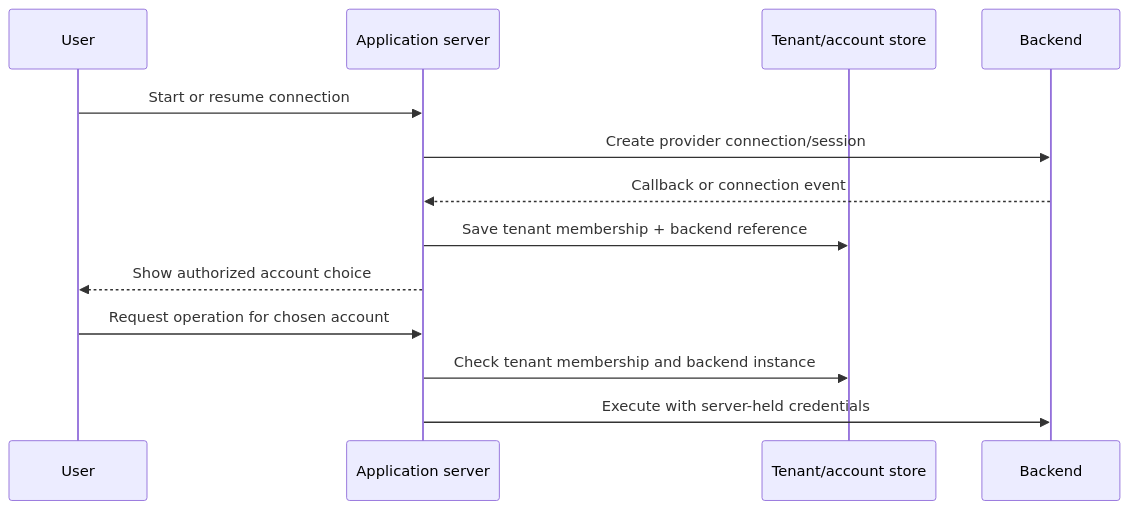
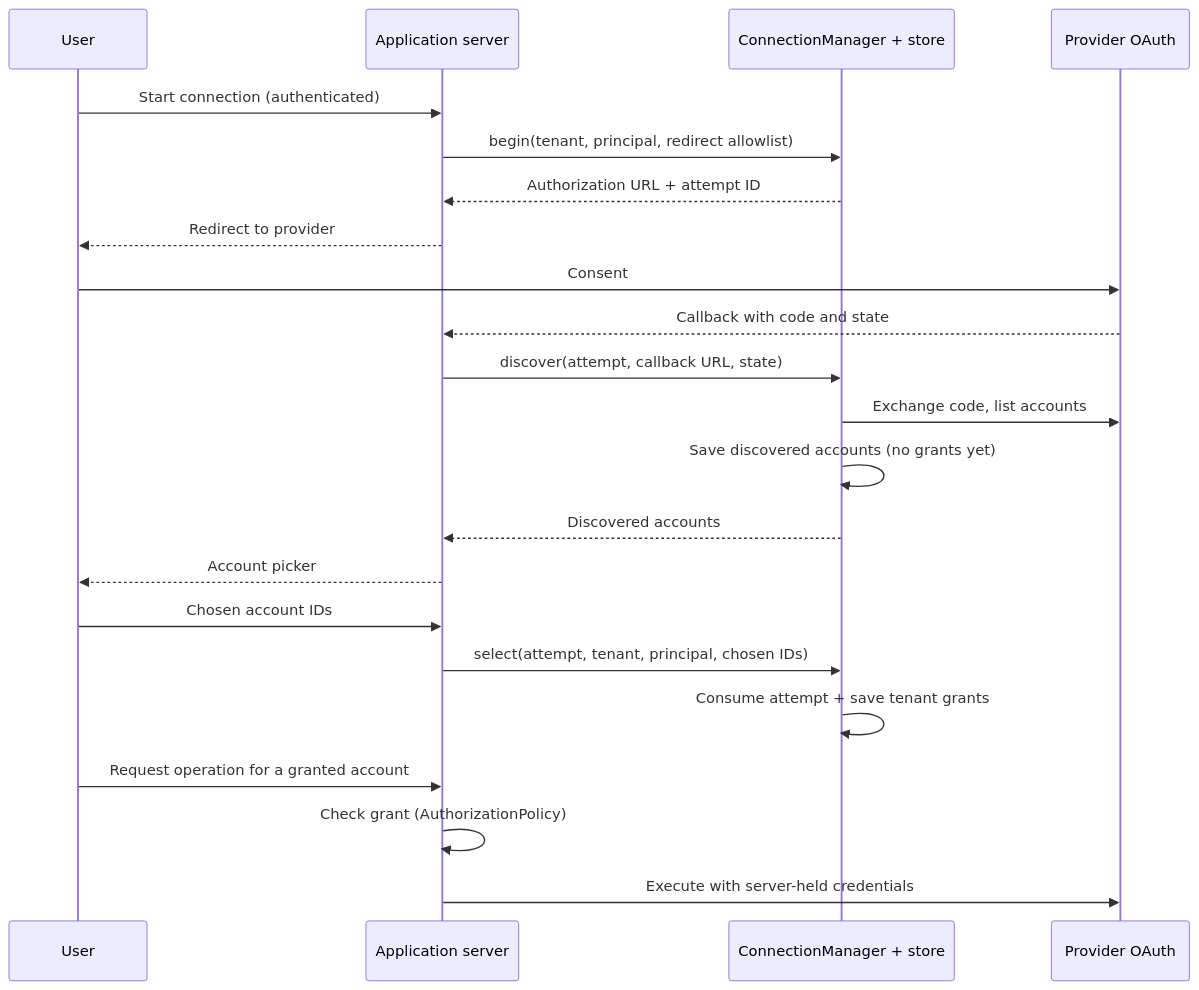
Before and after one commit to opencoredev/social-sdk: the second of 4 diagrams in apps/docs/docs/concepts/architecture.mdx, drawn with Mermaid. The commit also changed other lines of this file and 33 other files, not shown here.

First line of the commit message:
docs(core-docs): clarify authorization, outcomes, and provider contracts

````diff
--- a/apps/docs/docs/concepts/architecture.mdx
+++ b/apps/docs/docs/concepts/architecture.mdx
@@ -37,15 +37,24 @@
 ```mermaid
 sequenceDiagram
   participant User
   participant App as Application server
-  participant Store as Tenant/account store
-  participant Backend
-  User->>App: Start or resume connection
-  App->>Backend: Create provider connection/session
-  Backend-->>App: Callback or connection event
-  App->>Store: Save tenant membership + backend reference
-  App-->>User: Show authorized account choice
-  User->>App: Request operation for chosen account
-  App->>Store: Check tenant membership and backend instance
-  App->>Backend: Execute with server-held credentials
+  participant Manager as ConnectionManager + store
+  participant Provider as Provider OAuth
+  User->>App: Start connection (authenticated)
+  App->>Manager: begin(tenant, principal, redirect allowlist)
+  Manager-->>App: Authorization URL + attempt ID
+  App-->>User: Redirect to provider
+  User->>Provider: Consent
+  Provider-->>App: Callback with code and state
+  App->>Manager: discover(attempt, callback URL, state)
+  Manager->>Provider: Exchange code, list accounts
+  Manager->>Manager: Save discovered accounts (no grants yet)
+  Manager-->>App: Discovered accounts
+  App-->>User: Account picker
+  User->>App: Chosen account IDs
+  App->>Manager: select(attempt, tenant, principal, chosen IDs)
+  Manager->>Manager: Consume attempt + save tenant grants
+  User->>App: Request operation for a granted account
+  App->>App: Check grant (AuthorizationPolicy)
+  App->>Provider: Execute with server-held credentials
 ```
````
